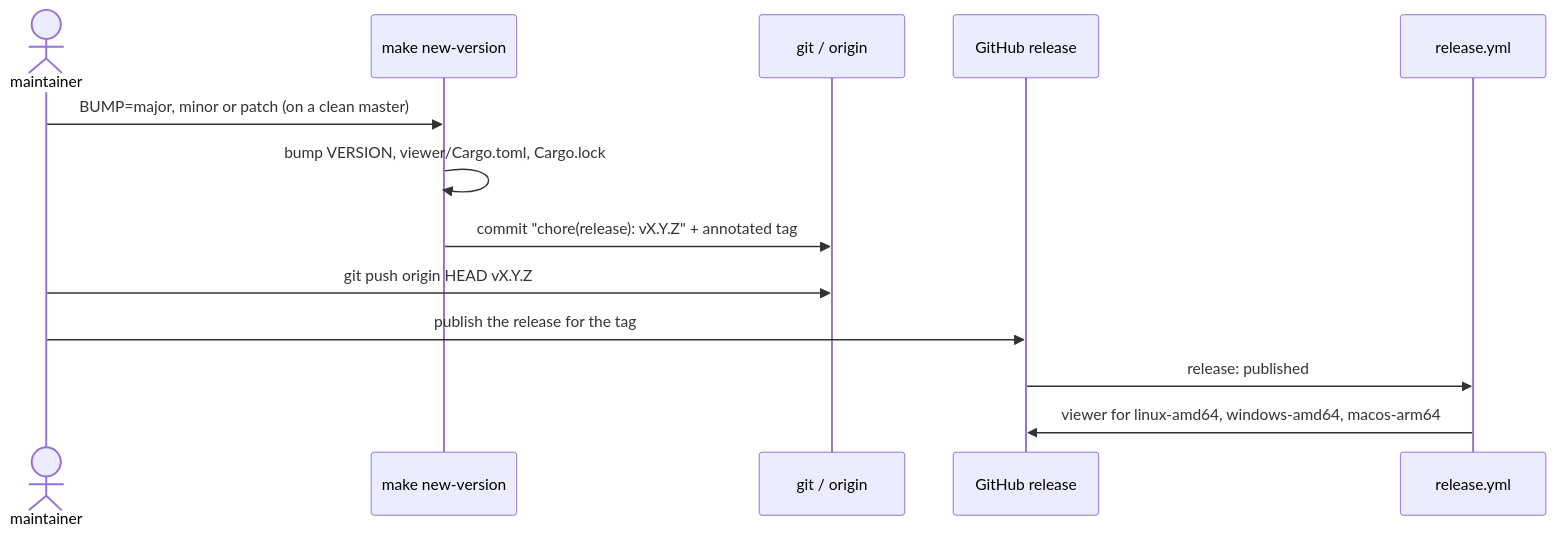
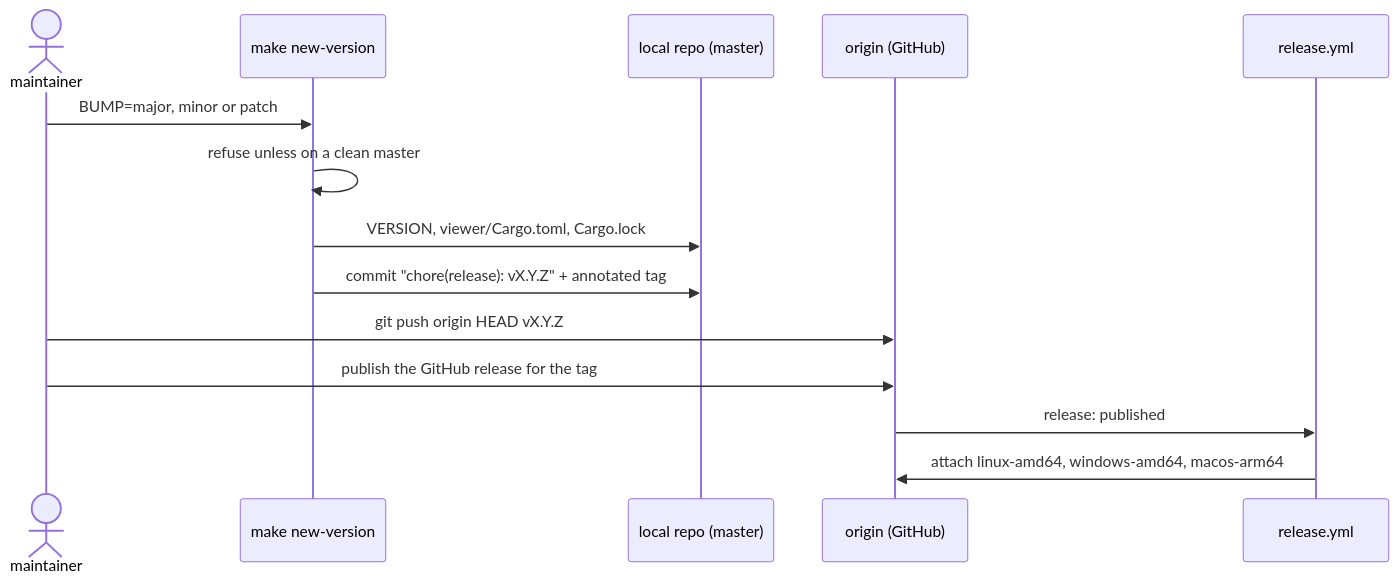
One commit to Avicted/tools.pipeline-graph changed the tenth of 10 diagrams in docs/architecture.md. Above: the diagram before and after it, drawn with Mermaid. The commit also changed other lines of this file, not shown here.

Commit message:
docs(architecture): redraw with trust boundaries, domain model, runtime and CI/CD

````diff
--- a/docs/architecture.md
+++ b/docs/architecture.md
@@ -195,15 +376,16 @@
 ```mermaid
 sequenceDiagram
     actor dev as maintainer
     participant mk as make new-version
-    participant git as git / origin
-    participant gh as GitHub release
+    participant local as local repo (master)
+    participant origin as origin (GitHub)
     participant ci as release.yml
-    dev->>mk: BUMP=major, minor or patch (on a clean master)
-    mk->>mk: bump VERSION, viewer/Cargo.toml, Cargo.lock
-    mk->>git: commit "chore(release): vX.Y.Z" + annotated tag
-    dev->>git: git push origin HEAD vX.Y.Z
-    dev->>gh: publish the release for the tag
-    gh->>ci: release: published
-    ci->>gh: viewer for linux-amd64, windows-amd64, macos-arm64
+    dev->>mk: BUMP=major, minor or patch
+    mk->>mk: refuse unless on a clean master
+    mk->>local: VERSION, viewer/Cargo.toml, Cargo.lock
+    mk->>local: commit "chore(release): vX.Y.Z" + annotated tag
+    dev->>origin: git push origin HEAD vX.Y.Z
+    dev->>origin: publish the GitHub release for the tag
+    origin->>ci: release: published
+    ci->>origin: attach linux-amd64, windows-amd64, macos-arm64
 ```
````
